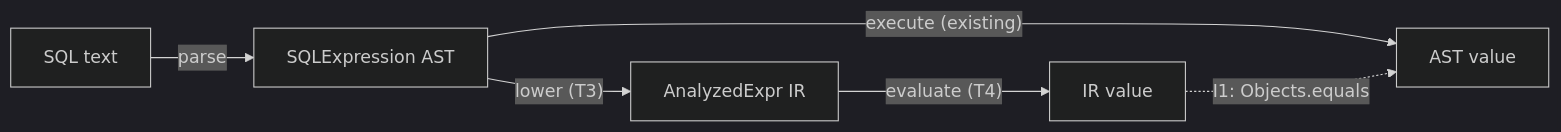
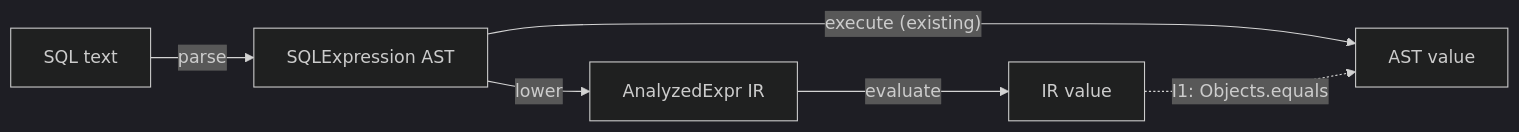
The second of 3 diagrams in docs/adr/ytdb-915-analyzed-expression/_workflow/design.md (JetBrains/youtrackdb), drawn with Mermaid (dark theme) before and after one commit. The commit also changed other lines of this file and 4 other files, not shown here.

````diff
--- a/docs/adr/ytdb-915-analyzed-expression/_workflow/design.md
+++ b/docs/adr/ytdb-915-analyzed-expression/_workflow/design.md
@@ -175,8 +175,8 @@
 ```mermaid
 flowchart LR
     SQL["SQL text"] -->|parse| AST["SQLExpression AST"]
-    AST -->|"lower (T3)"| IR["AnalyzedExpr IR"]
-    IR -->|"evaluate (T4)"| V1["IR value"]
+    AST -->|"lower"| IR["AnalyzedExpr IR"]
+    IR -->|"evaluate"| V1["IR value"]
     AST -->|"execute (existing)"| V2["AST value"]
     V1 -.->|"I1: Objects.equals"| V2
 ```
````
